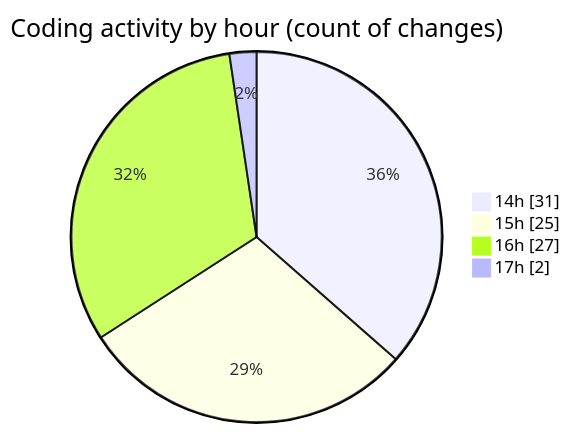
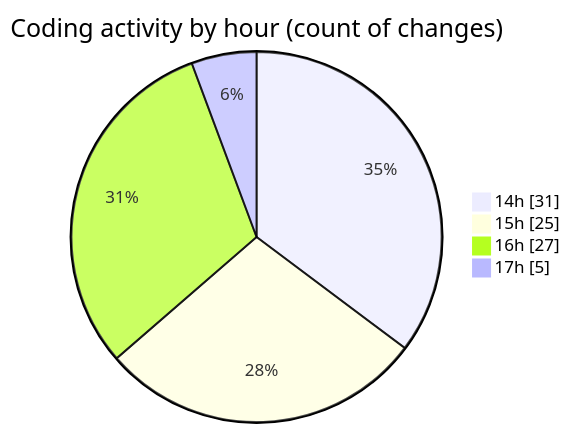
The second of 2 diagrams in 2026-05-11/cda/README.md (momahboobian/code-tracking), drawn with Mermaid before and after one commit. The commit also changed other lines of this file and 1 other file, not shown here.

````diff
--- a/2026-05-11/cda/README.md
+++ b/2026-05-11/cda/README.md
@@ -55,8 +57,8 @@
 ```mermaid
 pie showData
 title Coding activity by hour (count of changes)
 "14h" : 31
 "15h" : 25
 "16h" : 27
-"17h" : 2
+"17h" : 5
 ```
````
